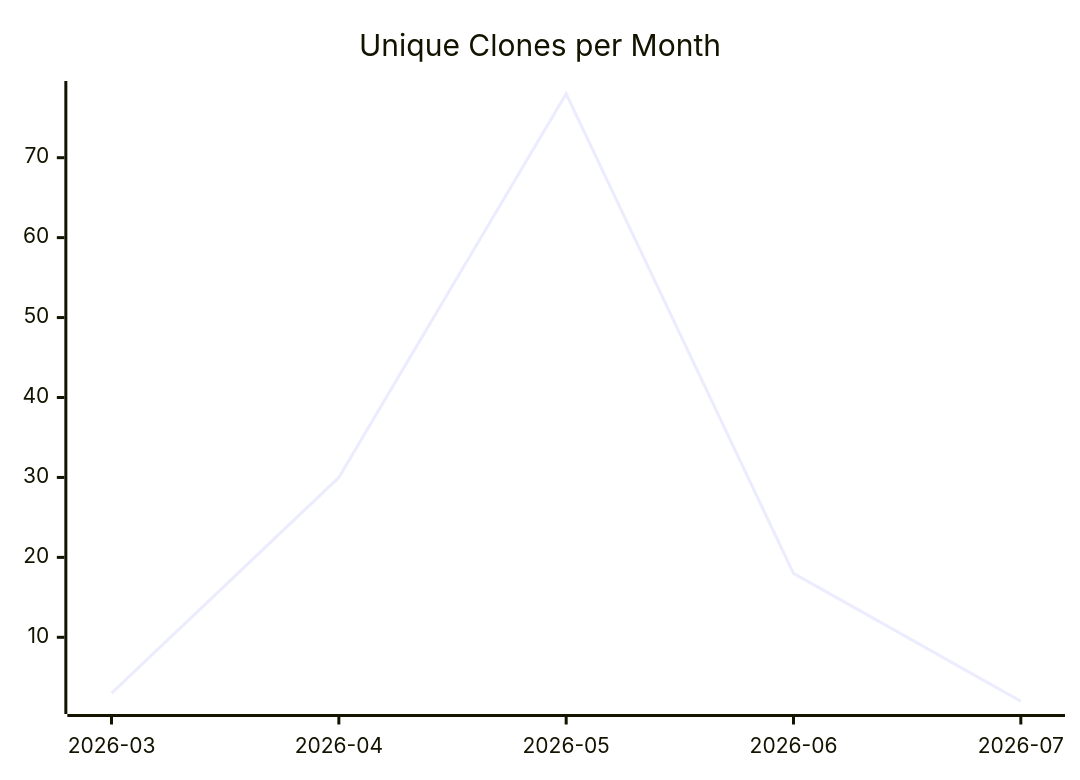
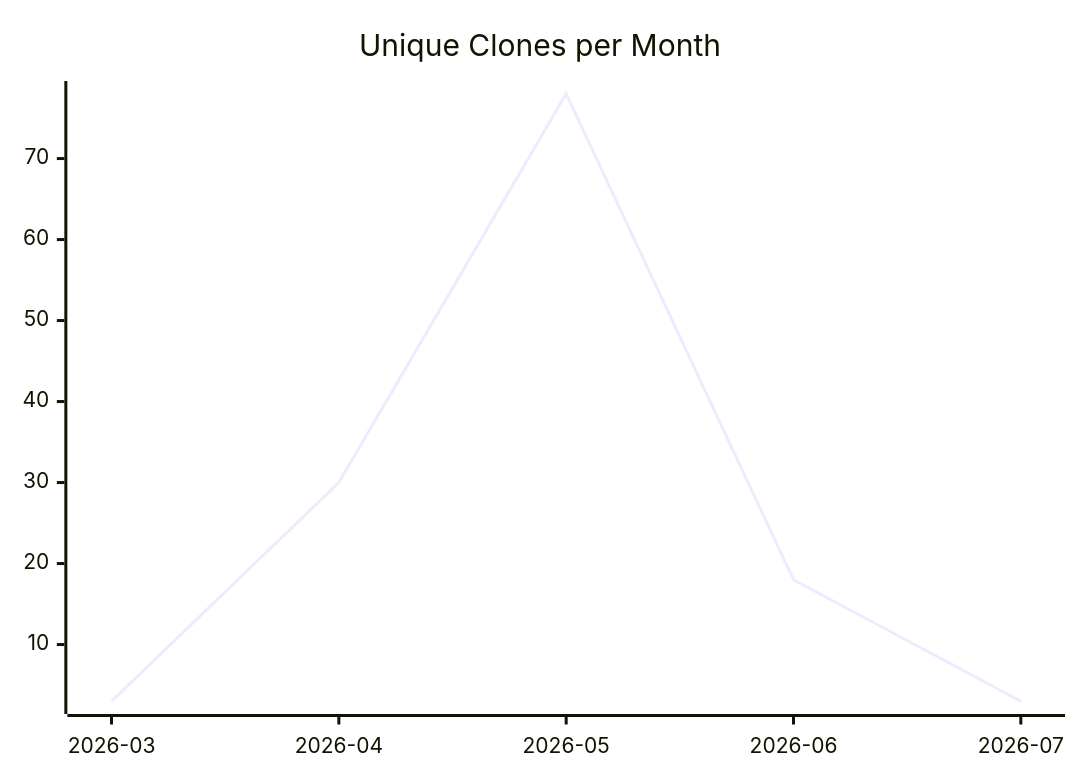
The third of 3 diagrams in karlmdavis/justdavis-ansible/README.md (justdavis-family/github-analytics-data), drawn with Mermaid before and after one commit. The commit also changed other lines of this file and 184 other files, not shown here.

````diff
--- a/karlmdavis/justdavis-ansible/README.md
+++ b/karlmdavis/justdavis-ansible/README.md
@@ -19,6 +19,6 @@
 ```mermaid
 xychart-beta
   title "Unique Clones per Month"
   x-axis ["2026-03", "2026-04", "2026-05", "2026-06", "2026-07"]
-  line [3, 30, 78, 18, 2]
+  line [3, 30, 78, 18, 3]
 ```
````
